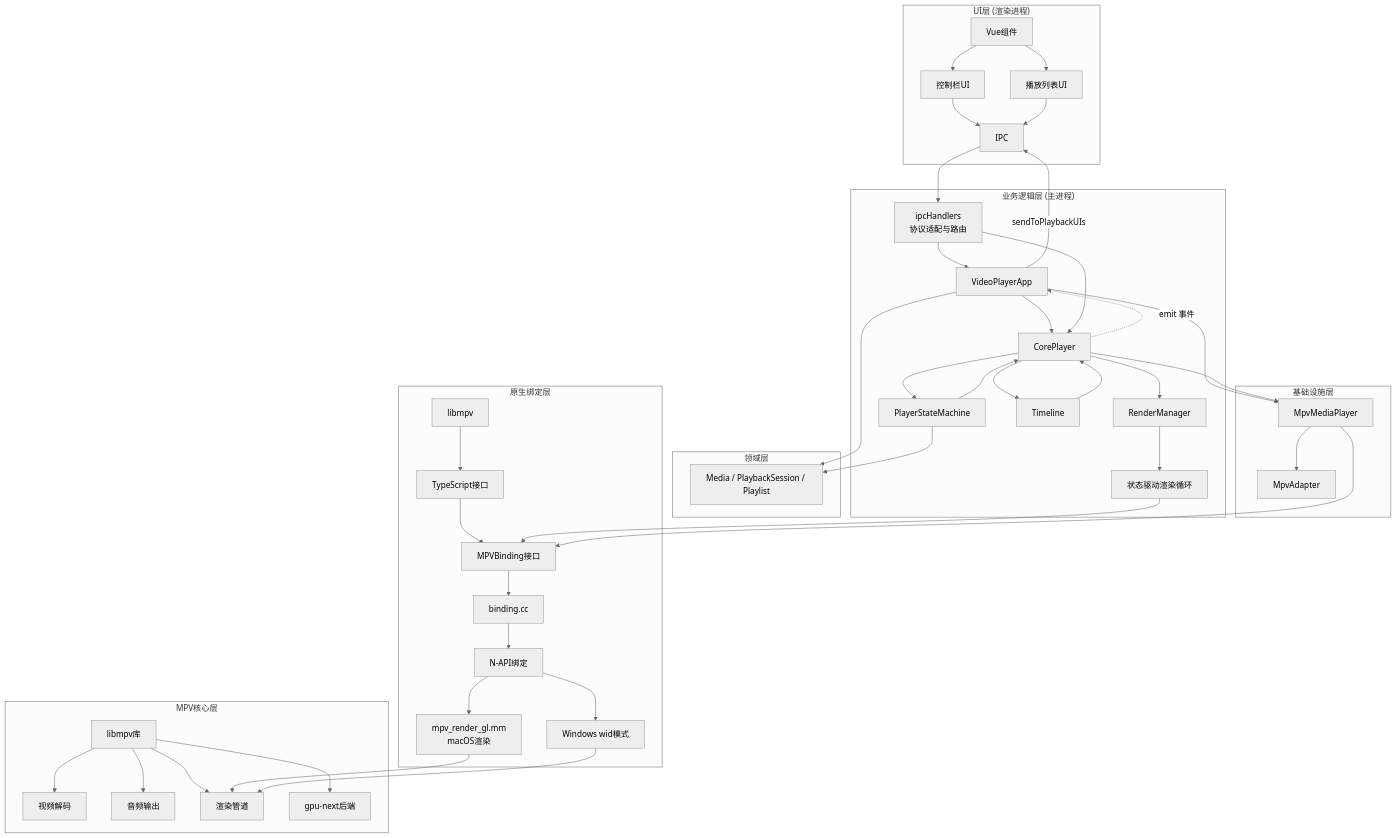
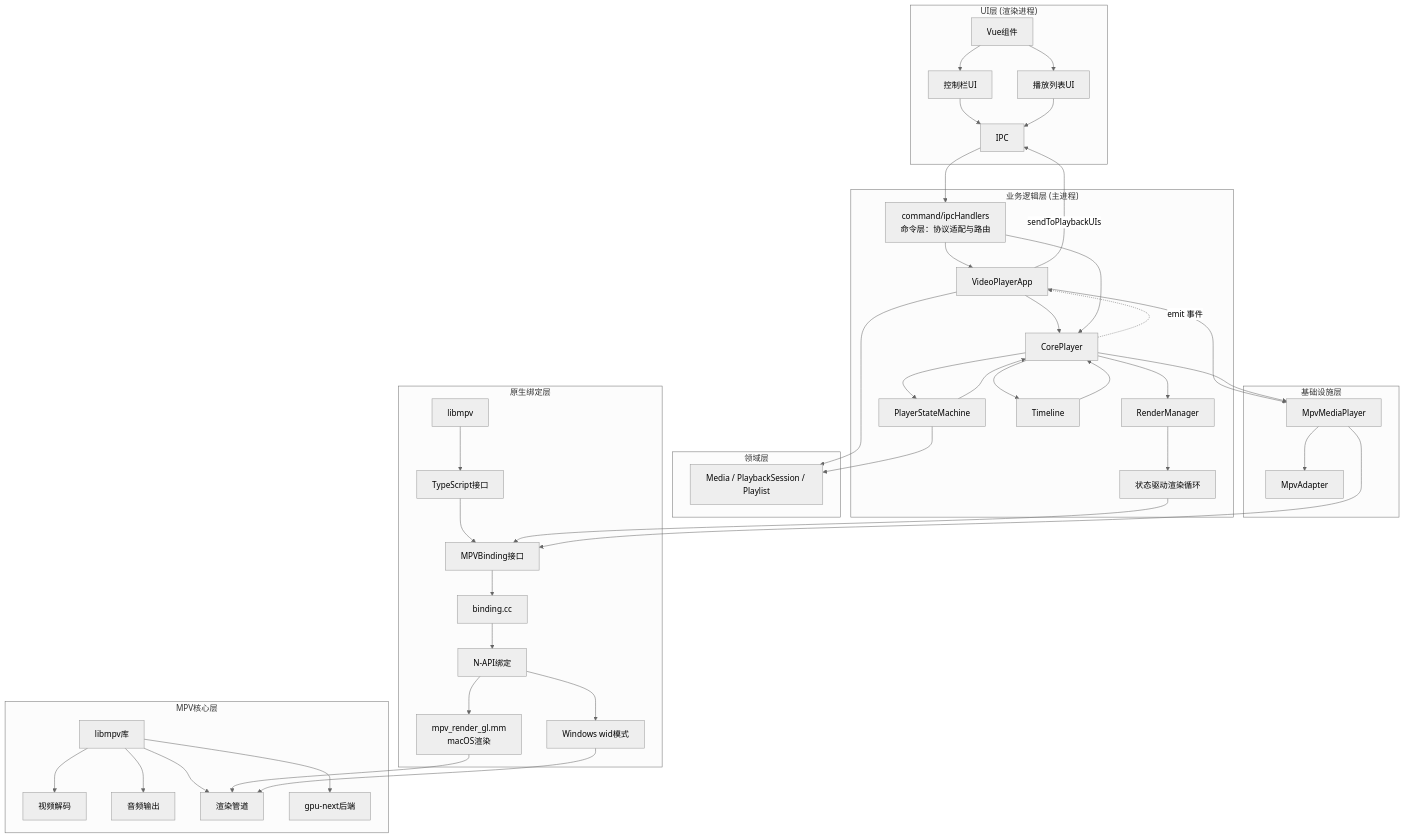
Before and after one commit to Lucas-lgm/mpv-electron: the first of 3 diagrams in docs/ARCHITECTURE.md, drawn with Mermaid (neutral theme). The commit also changed other lines of this file and 9 other files, not shown here.

First line of the commit message:
refactor(ipc): reorganize IPC handlers and constants for improved structure

````diff
--- a/docs/ARCHITECTURE.md
+++ b/docs/ARCHITECTURE.md
@@ -34,65 +34,65 @@
 ```mermaid
 graph TB
     subgraph "UI层 (渲染进程)"
         A1[Vue组件] --> A2[控制栏UI]
         A1 --> A3[播放列表UI]
         A2 --> A4[IPC]
         A3 --> A4
     end
 
     subgraph "业务逻辑层 (主进程)"
-        B0[ipcHandlers<br/>协议适配与路由]
+        B0[command/ipcHandlers<br/>命令层：协议适配与路由]
         B1[VideoPlayerApp]
         B3[CorePlayer]
         B4[RenderManager]
         B5[PlayerStateMachine]
         B6[Timeline]
         B1 --> B3
         B3 --> B4
         B3 --> B5
         B3 --> B6
         B4 --> B7[状态驱动渲染循环]
         B5 --> B3
         B6 --> B3
         B3 -.->|emit 事件| B1
     end
 
     subgraph "领域层"
         D1[Media / PlaybackSession / Playlist]
         B1 --> D1
         B5 --> D1
     end
 
     subgraph "基础设施层"
         I1[MpvAdapter]
         I2[MpvMediaPlayer]
         B1 --> I2
         B3 --> I2
         I2 --> I1
     end
 
     subgraph "原生绑定层"
         C1[libmpv] --> C2[TypeScript接口]
         C2 --> C3[MPVBinding接口]
         C3 --> C4[binding.cc]
         C4 --> C5[N-API绑定]
         C5 --> C6[mpv_render_gl.mm<br/>macOS渲染]
         C5 --> C7[Windows wid模式]
     end
 
     subgraph "MPV核心层"
         E1[libmpv库] --> E2[视频解码]
         E1 --> E3[音频输出]
         E1 --> E4[渲染管道]
         E1 --> E5[gpu-next后端]
     end
 
     A4 --> B0
     B0 --> B1
     B0 --> B3
     B1 -->|sendToPlaybackUIs| A4
     B7 --> C3
     I2 --> C3
     C6 --> E4
     C7 --> E4
 ```
````
